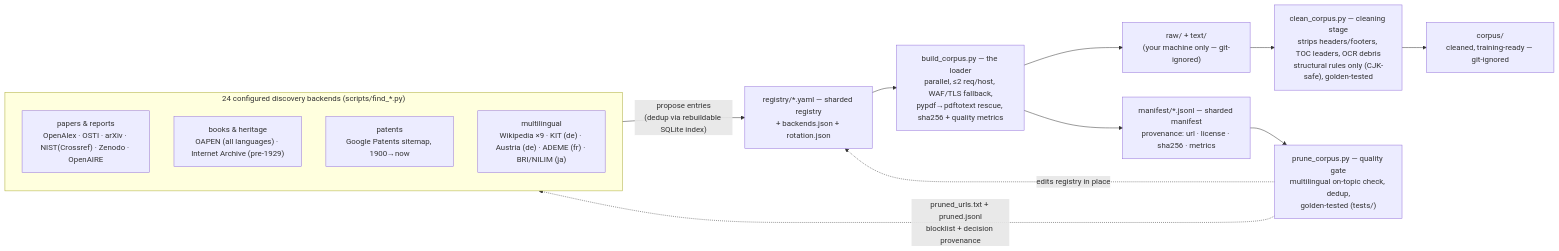
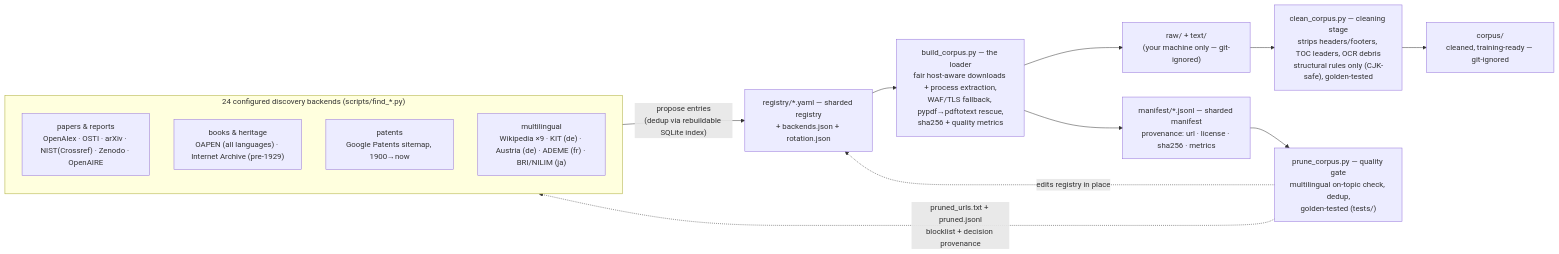
One commit to OpenNekaise/nekaise-corpus changed the diagram in README.md. Above: the diagram before and after it, drawn with Mermaid. The commit also changed other lines of this file and 13 other files, not shown here.

````diff
--- a/README.md
+++ b/README.md
@@ -66,20 +66,20 @@
 ```mermaid
 flowchart LR
     subgraph FINDERS ["24 configured discovery backends (scripts/find_*.py)"]
         direction TB
         F1["papers & reports<br/>OpenAlex · OSTI · arXiv · NIST(Crossref) · Zenodo · OpenAIRE"]
         F2["books & heritage<br/>OAPEN (all languages) · Internet Archive (pre-1929)"]
         F3["patents<br/>Google Patents sitemap, 1900→now"]
         F4["multilingual<br/>Wikipedia ×9 · KIT (de) · Austria (de) · ADEME (fr) · BRI/NILIM (ja)"]
     end
     FINDERS -->|"propose entries<br/>(dedup via rebuildable SQLite index)"| R
     R["registry/*.yaml — sharded registry<br/>+ backends.json + rotation.json"]
-    R --> B["build_corpus.py — the loader<br/>parallel, ≤2 req/host, WAF/TLS fallback,<br/>pypdf→pdftotext rescue, sha256 + quality metrics"]
+    R --> B["build_corpus.py — the loader<br/>fair host-aware downloads + process extraction,<br/>WAF/TLS fallback, pypdf→pdftotext rescue,<br/>sha256 + quality metrics"]
     B --> D["raw/ + text/<br/>(your machine only — git-ignored)"]
     B --> M["manifest/*.jsonl — sharded manifest<br/>provenance: url · license · sha256 · metrics"]
     M --> P["prune_corpus.py — quality gate<br/>multilingual on-topic check, dedup,<br/>golden-tested (tests/)"]
     P -.->|"edits registry in place"| R
     P -.->|"pruned_urls.txt + pruned.jsonl<br/>blocklist + decision provenance"| FINDERS
     D --> C["clean_corpus.py — cleaning stage<br/>strips headers/footers, TOC leaders, OCR debris<br/>structural rules only (CJK-safe), golden-tested"]
     C --> O["corpus/<br/>cleaned, training-ready — git-ignored"]
 ```
````
